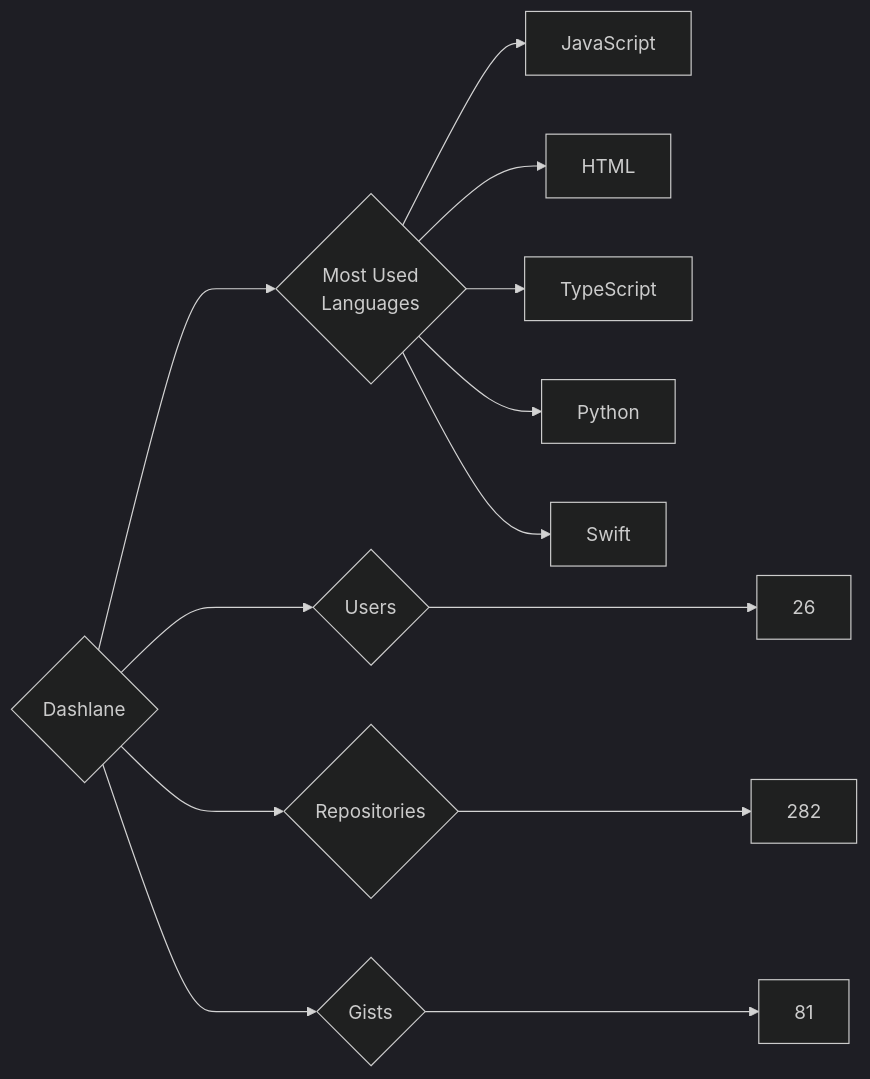
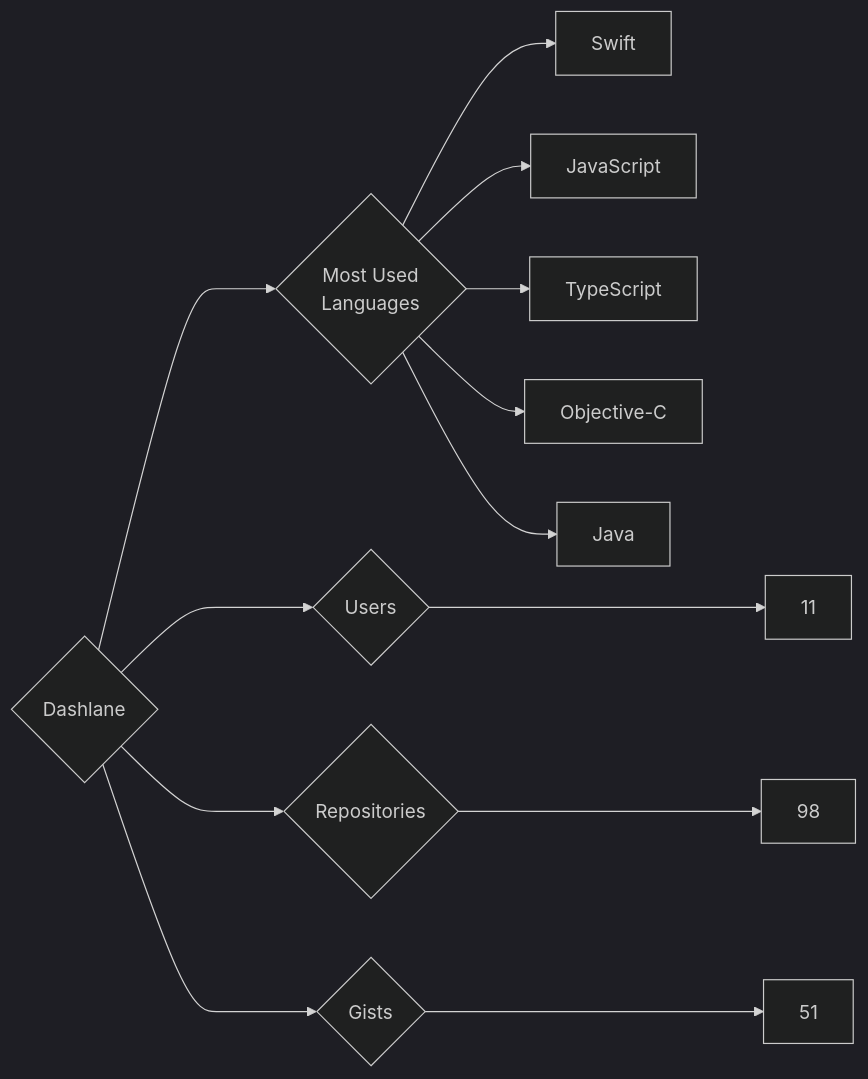
One commit to trickest/insiders changed the diagram in targets/Dashlane/README.md. Above: the diagram before and after it, drawn with Mermaid (dark theme). The commit also changed 873 other files, not shown here.

````diff
--- a/targets/Dashlane/README.md
+++ b/targets/Dashlane/README.md
@@ -3,13 +3,13 @@
 ```mermaid
 graph LR
 COMPANY_NAME{Dashlane}
-COMPANY_NAME ---> U{Users} ---> UN[26]
-COMPANY_NAME ---> R{Repositories} ---> RN[282]
-COMPANY_NAME ---> G{Gists} ---> GN[81]
+COMPANY_NAME ---> U{Users} ---> UN[11]
+COMPANY_NAME ---> R{Repositories} ---> RN[98]
+COMPANY_NAME ---> G{Gists} ---> GN[51]
 COMPANY_NAME ---> ML{Most Used<br>Languages}
+ML --> Swift[Swift]
 ML --> JavaScript[JavaScript]
-ML --> HTML[HTML]
 ML --> TypeScript[TypeScript]
-ML --> Python[Python]
-ML --> Swift[Swift]
+ML --> Objective-C[Objective-C]
+ML --> Java[Java]
 ```
````
